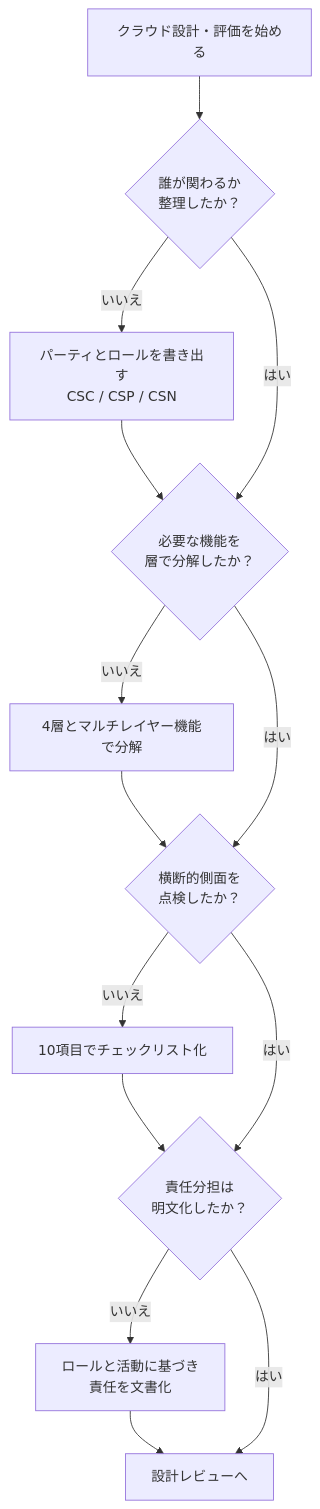
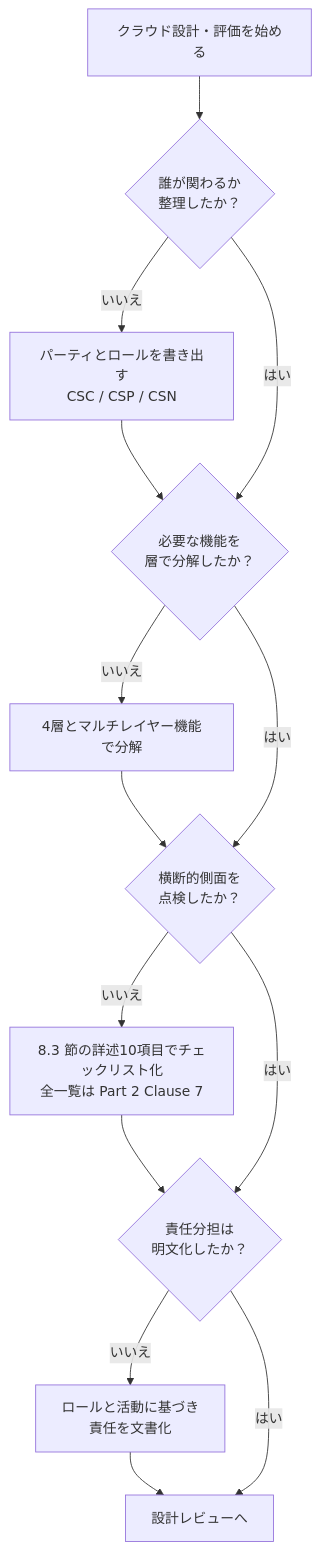
Diagram 19 of 20 in Iso-iec-22123-3-2023-guide.md (myoshi2891/Cloud-Infrastructure-and-Network-Studies), drawn with Mermaid before and after one commit. The commit also changed other lines of this file and 7 other files, not shown here.

````diff
--- a/Iso-iec-22123-3-2023-guide.md
+++ b/Iso-iec-22123-3-2023-guide.md
@@ -644,16 +646,16 @@
 ```mermaid
 flowchart TD
     START["クラウド設計・評価を始める"] --> Q1{"誰が関わるか<br/>整理したか？"}
     Q1 -->|いいえ| S1["パーティとロールを書き出す<br/>CSC / CSP / CSN"]
     S1 --> Q2
     Q1 -->|はい| Q2{"必要な機能を<br/>層で分解したか？"}
     Q2 -->|いいえ| S2["4層とマルチレイヤー機能で分解"]
     S2 --> Q3
     Q2 -->|はい| Q3{"横断的側面を<br/>点検したか？"}
-    Q3 -->|いいえ| S3["10項目でチェックリスト化"]
+    Q3 -->|いいえ| S3["8.3 節の詳述10項目でチェックリスト化<br/>全一覧は Part 2 Clause 7"]
     S3 --> Q4
     Q3 -->|はい| Q4{"責任分担は<br/>明文化したか？"}
     Q4 -->|いいえ| S4["ロールと活動に基づき<br/>責任を文書化"]
     S4 --> END["設計レビューへ"]
     Q4 -->|はい| END
 ```
````
